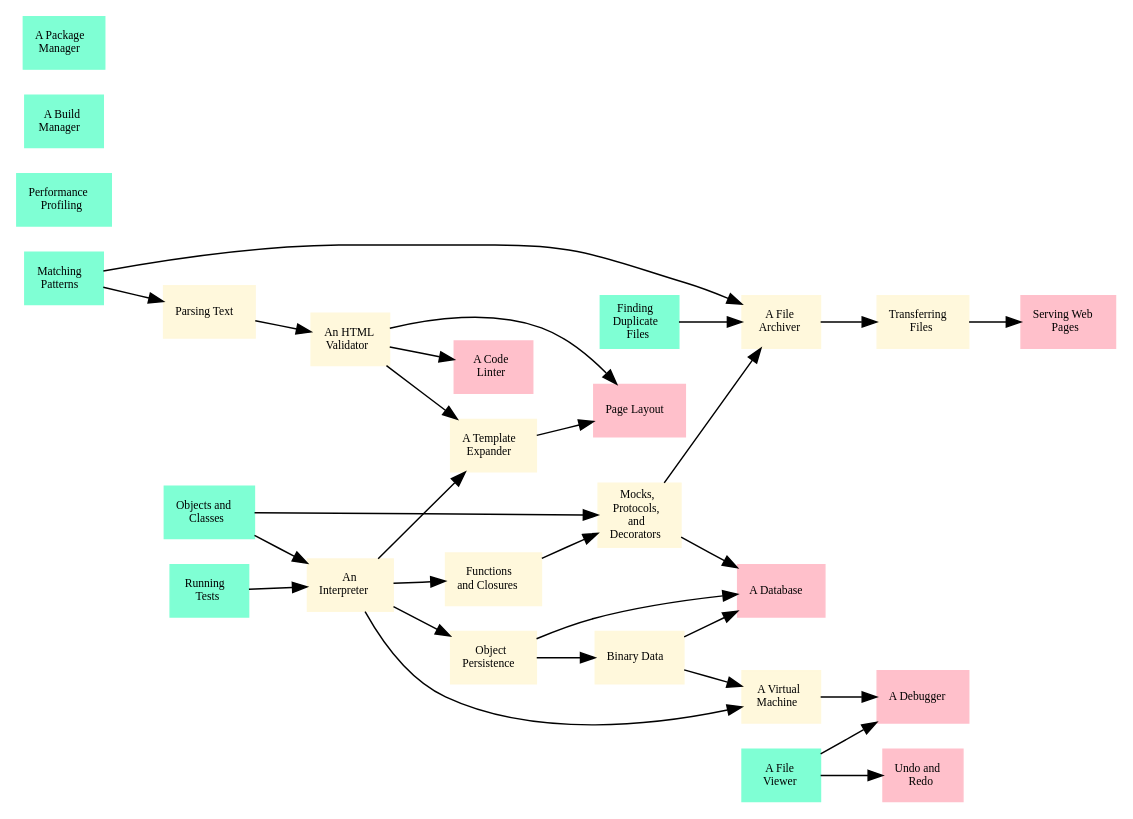
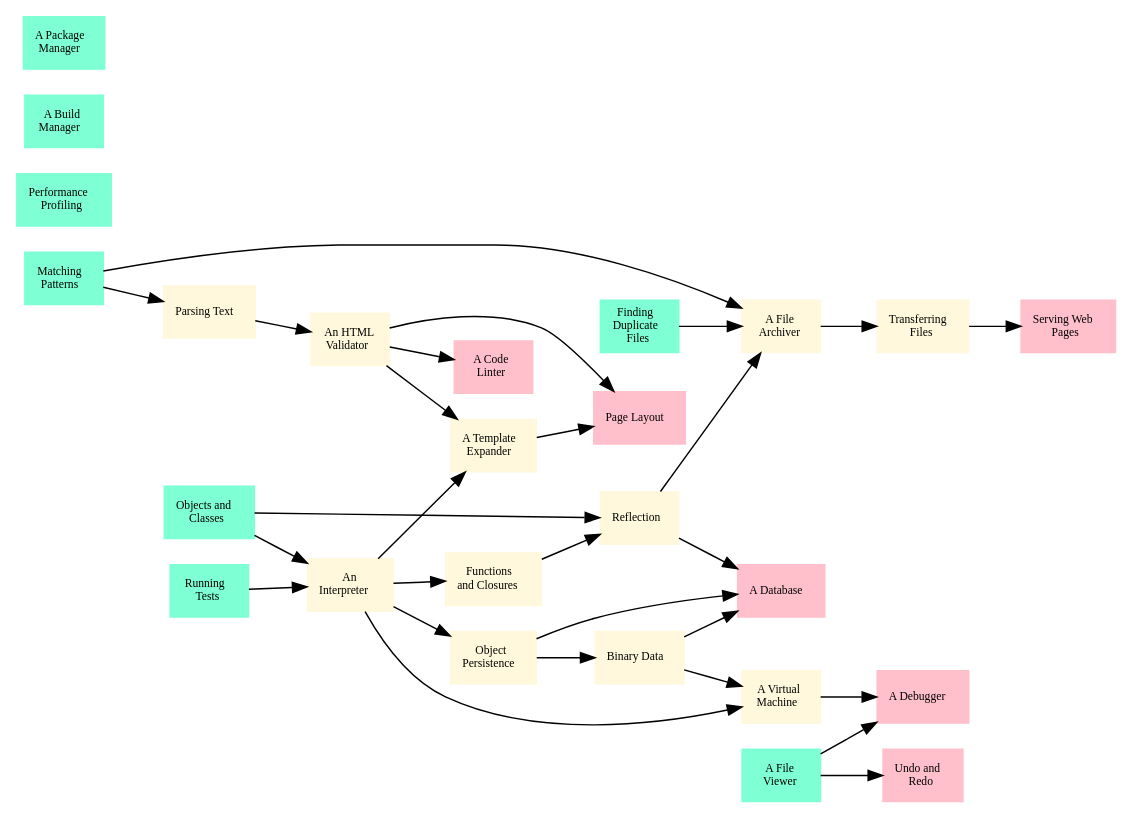
The diagram in info/regular.dot (gvwilson/sdxpy), drawn with Graphviz before and after one commit. The commit also changed 109 other files, not shown here.

Commit message:
fix: renaming /mock to /reflect

```diff
--- a/info/regular.dot
+++ b/info/regular.dot
@@ -1,56 +1,56 @@
 digraph {
 	graph [rankdir=LR]
 	node [fontname=Verdana fontsize=8 shape=box style=filled]
 	oop [label=<Objects and<br/>Classes> color=aquamarine]
 	dup [label=<Finding<br/>Duplicate<br/>Files> color=aquamarine]
 	glob [label=<Matching<br/>Patterns> color=aquamarine]
 	parse [label=<Parsing Text> color=cornsilk]
 	test [label=<Running<br/>Tests> color=aquamarine]
 	interp [label=<An<br/>Interpreter> color=cornsilk]
 	func [label=<Functions<br/>and Closures> color=cornsilk]
-	mock [label=<Mocks,<br/>Protocols,<br/>and<br/>Decorators> color=cornsilk]
+	reflect [label=<Reflection> color=cornsilk]
 	archive [label=<A File<br/>Archiver> color=cornsilk]
 	check [label=<An HTML<br/>Validator> color=cornsilk]
 	template [label=<A Template<br/>Expander> color=cornsilk]
 	lint [label=<A Code<br/>Linter> color=pink]
 	layout [label=<Page Layout> color=pink]
 	perf [label=<Performance<br/>Profiling> color=aquamarine]
 	persist [label=<Object<br/>Persistence> color=cornsilk]
 	binary [label=<Binary Data> color=cornsilk]
 	db [label=<A Database> color=pink]
 	build [label=<A Build<br/>Manager> color=aquamarine]
 	pack [label=<A Package<br/>Manager> color=aquamarine]
 	ftp [label=<Transferring<br/>Files> color=cornsilk]
 	http [label=<Serving Web<br/>Pages> color=pink]
 	viewer [label=<A File<br/>Viewer> color=aquamarine]
 	undo [label=<Undo and<br/>Redo> color=pink]
 	vm [label=<A Virtual<br/>Machine> color=cornsilk]
 	debugger [label=<A Debugger> color=pink]
 	glob -> parse
+	test -> interp
 	oop -> interp
-	test -> interp
 	interp -> func
-	func -> mock
-	oop -> mock
+	func -> reflect
+	oop -> reflect
+	reflect -> archive
 	dup -> archive
-	mock -> archive
 	glob -> archive
 	parse -> check
+	check -> template
 	interp -> template
-	check -> template
 	check -> lint
 	check -> layout
 	template -> layout
 	interp -> persist
 	persist -> binary
 	binary -> db
 	persist -> db
-	mock -> db
+	reflect -> db
 	archive -> ftp
 	ftp -> http
 	viewer -> undo
+	binary -> vm
 	interp -> vm
-	binary -> vm
+	viewer -> debugger
 	vm -> debugger
-	viewer -> debugger
 }
```
